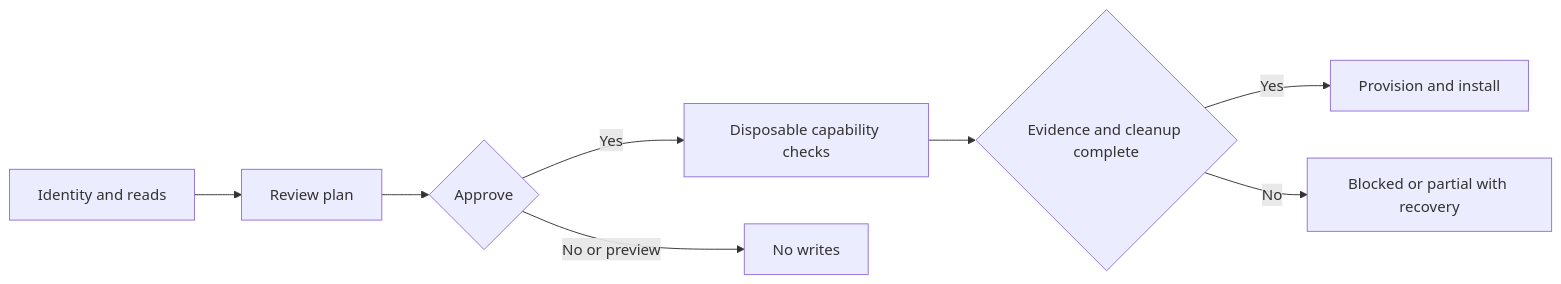
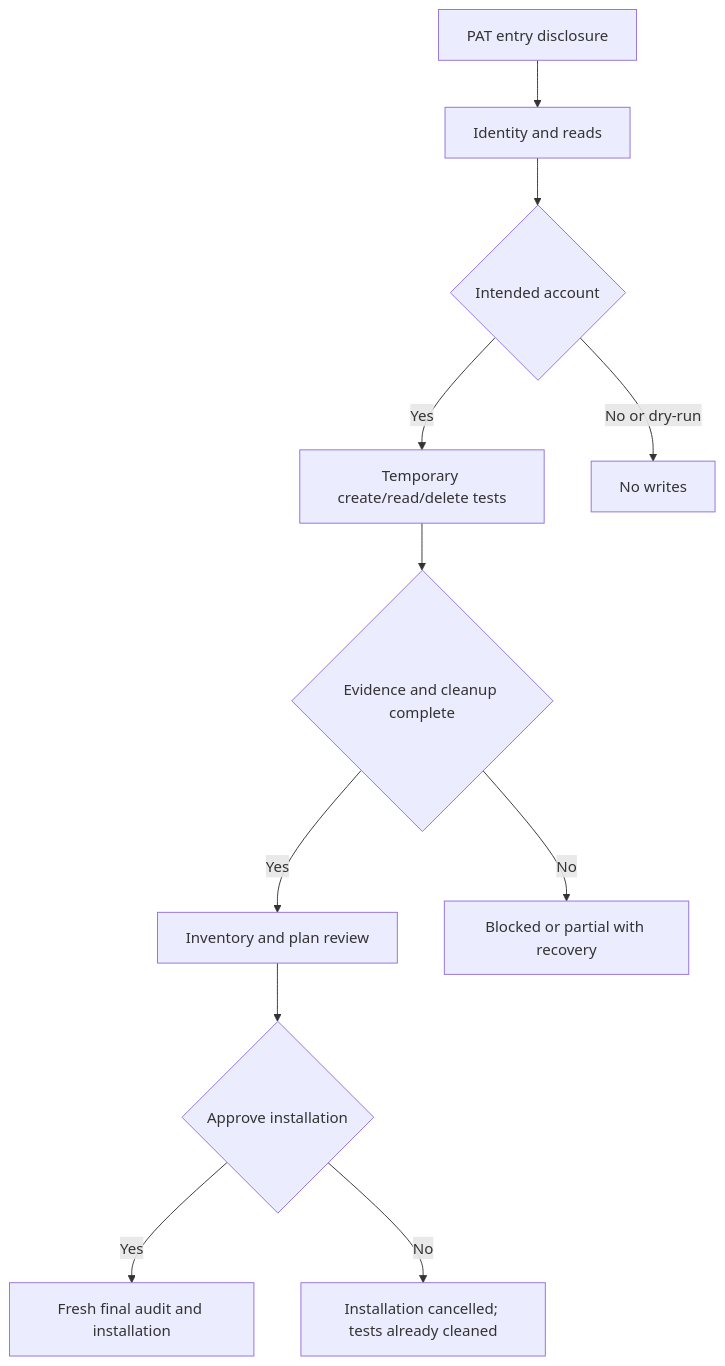
The first of 2 diagrams in specs/setup-pat-permission-guidance-and-verification.md (vypdev/copilot), drawn with Mermaid before and after one commit. The commit also changed other lines of this file and 52 other files, not shown here.

Commit message:
codex-audit-pat-permissions: Verify initial PAT writes and fix GitHub Secret encryption

````diff
--- a/specs/setup-pat-permission-guidance-and-verification.md
+++ b/specs/setup-pat-permission-guidance-and-verification.md
@@ -375,10 +387,13 @@
 ```mermaid
-flowchart LR
-  A[Identity and reads] --> B[Review plan]
-  B --> C{Approve}
-  C -->|Yes| D[Disposable capability checks]
-  C -->|No or preview| E[No writes]
+flowchart TD
+  A[PAT entry disclosure] --> B[Identity and reads]
+  B --> C{Intended account}
+  C -->|Yes| D[Temporary create/read/delete tests]
+  C -->|No or dry-run| E[No writes]
   D --> F{Evidence and cleanup complete}
-  F -->|Yes| G[Provision and install]
+  F -->|Yes| G[Inventory and plan review]
   F -->|No| H[Blocked or partial with recovery]
+  G --> I{Approve installation}
+  I -->|Yes| J[Fresh final audit and installation]
+  I -->|No| K[Installation cancelled; tests already cleaned]
 ```
````
